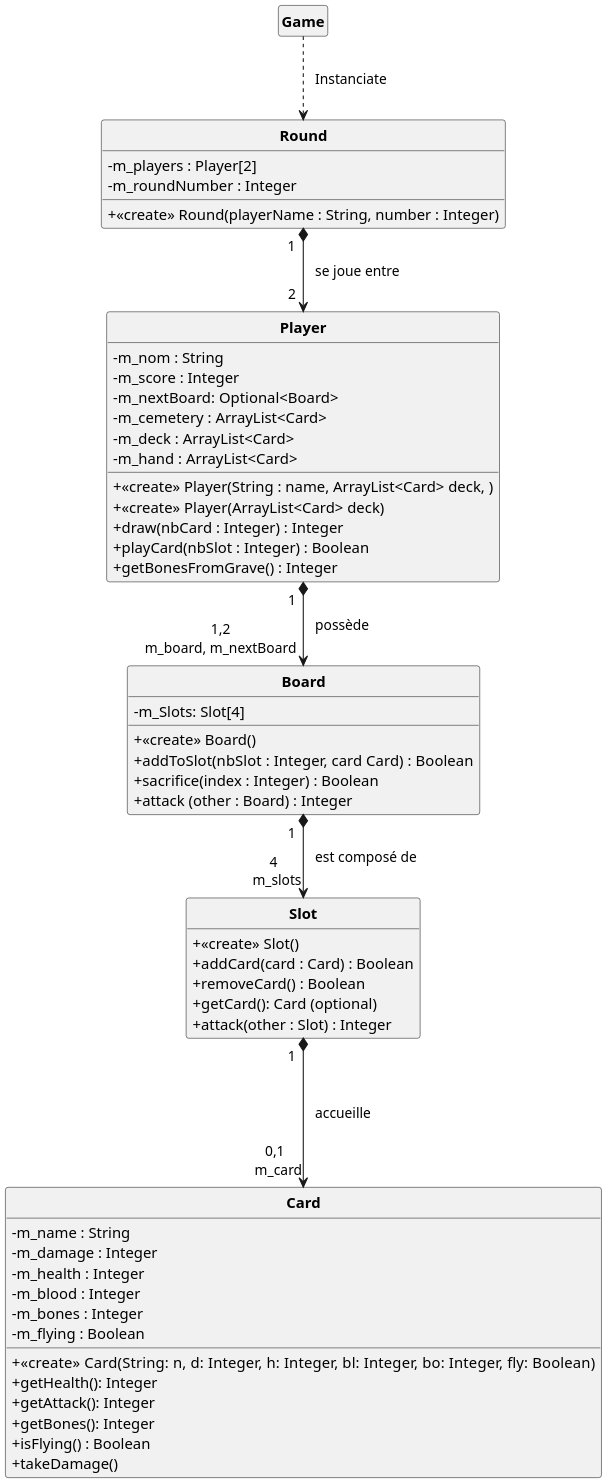
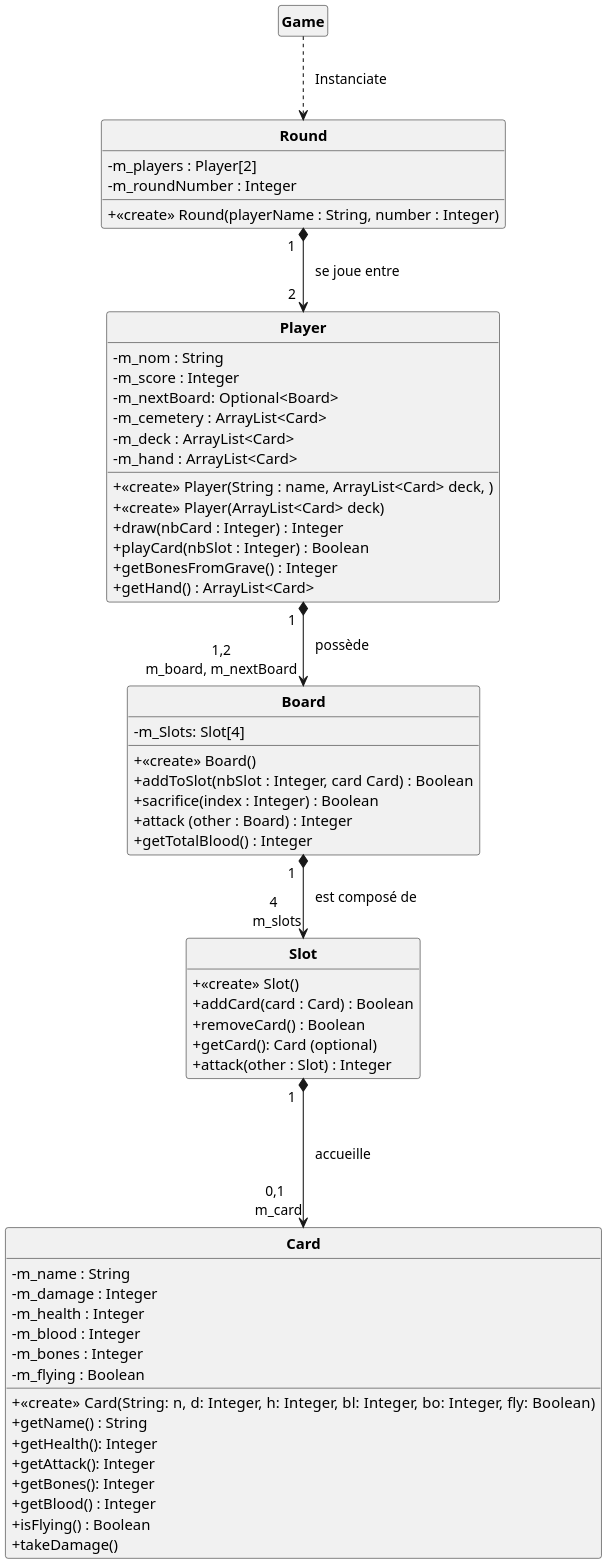
Before and after one commit to Romain-Pampagnin/Asciiption: the diagram in uml/UML.puml, drawn with PlantUML. The commit also changed 15 other files, not shown here.

```diff
--- a/uml/UML.puml
+++ b/uml/UML.puml
@@ -1,71 +1,75 @@
 @startuml
 'https://plantuml.com/class-diagram'
 scale 2
 skinparam classAttributeIconSize 0
 skinparam classFontStyle Bold
 skinparam style strictuml
 hide empty members
 
 
 Board "1  "*-->"4 \n m_slots" Slot : "   est composé de"
 Slot "1  "*---> "0,1 \n m_card"Card : "   accueille"
 Game ..> Round : "   Instanciate"
 Round "1  " *--> "2  " Player : "   se joue entre"
 Player "1  " *--> "1,2\nm_board, m_nextBoard" Board : "   possède"
 
 class Round{
 -m_players : Player[2]
 -m_roundNumber : Integer
 +<<create>> Round(playerName : String, number : Integer)
 }
 
 class Player{
 -m_nom : String
 -m_score : Integer
 -m_nextBoard: Optional<Board>
 -m_cemetery : ArrayList<Card>
 -m_deck : ArrayList<Card>
 -m_hand : ArrayList<Card>
 +<<create>> Player(String : name, ArrayList<Card> deck, )
 +<<create>> Player(ArrayList<Card> deck)
-+draw(nbCard : Integer) : Integer
-+playCard(nbSlot : Integer) : Boolean
++ draw(nbCard : Integer) : Integer
++ playCard(nbSlot : Integer) : Boolean
 + getBonesFromGrave() : Integer
++ getHand() : ArrayList<Card>
 }
 
 class Card {
 -m_name : String
 -m_damage : Integer
 -m_health : Integer
 -m_blood : Integer
 -m_bones : Integer
 -m_flying : Boolean
 + <<create>> Card(String: n, d: Integer, h: Integer,  bl: Integer, bo: Integer, fly: Boolean)
++ getName() : String
 + getHealth(): Integer
 + getAttack(): Integer
 + getBones(): Integer
++ getBlood() : Integer
 + isFlying() : Boolean
 + takeDamage()
 }
 
 class Slot {
 + <<create>> Slot()
 + addCard(card : Card) : Boolean
 + removeCard() : Boolean
 + getCard(): Card (optional)
 + attack(other : Slot) : Integer
 }
 
 class Board {
 -m_Slots: Slot[4]
 +<<create>> Board()
 + addToSlot(nbSlot : Integer, card Card) : Boolean
 + sacrifice(index : Integer) : Boolean
 + attack (other : Board) : Integer
++ getTotalBlood() : Integer
 /'+ isSlotFree(nbSlot : Integer) : Boolean '/
 }
 
 class Game{
 }
 
 @enduml
```
